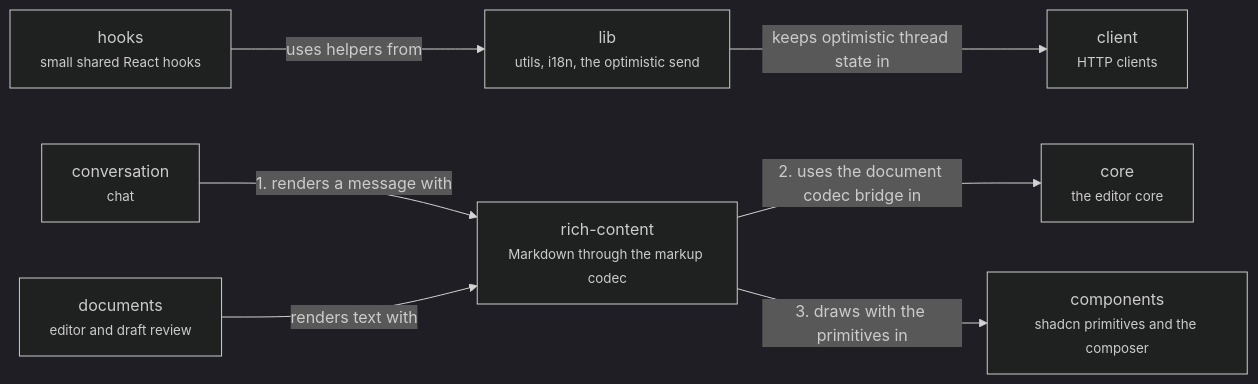
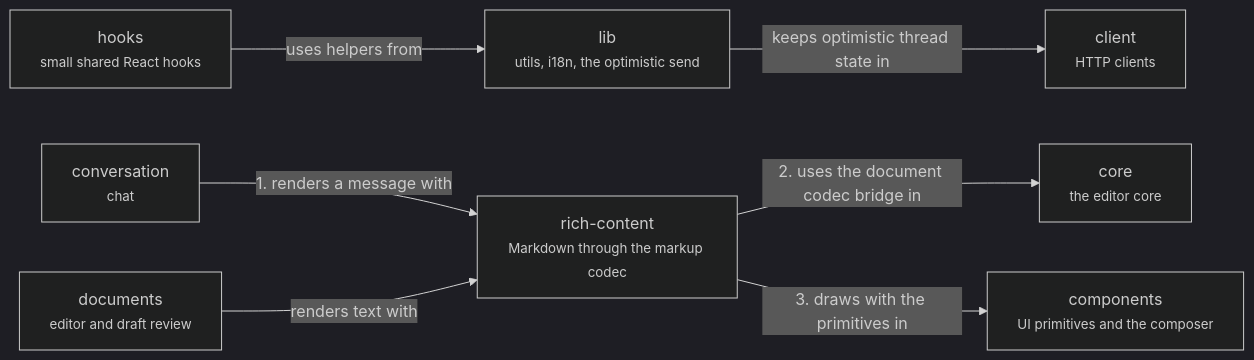
The diagram in .context/system-architecture/app-shared.md (haowjy/meridian-flow), drawn with Mermaid (dark theme) before and after one commit. The commit also changed other lines of this file and 8 other files, not shown here.

````diff
--- a/.context/system-architecture/app-shared.md
+++ b/.context/system-architecture/app-shared.md
@@ -5,17 +5,17 @@
 ```mermaid
 flowchart LR
-  components["components<br/><small>shadcn primitives and the composer</small>"]:::module
+  components["components<br/><small>UI primitives and the composer</small>"]:::module
   hooks["hooks<br/><small>small shared React hooks</small>"]:::module
   lib["lib<br/><small>utils, i18n, the optimistic send</small>"]:::module
   rich-content["rich-content<br/><small>Markdown through the markup codec</small>"]:::module
   conversation["conversation<br/><small>chat</small>"]:::context
   documents["documents<br/><small>editor and draft review</small>"]:::context
   core["core<br/><small>the editor core</small>"]:::context
   client["client<br/><small>HTTP clients</small>"]:::context
   conversation -->|"1. renders a message with"| rich-content
   rich-content -->|"2. uses the document codec bridge in"| core
   rich-content -->|"3. draws with the primitives in"| components
   hooks -->|"uses helpers from"| lib
   lib -->|"keeps optimistic thread state in"| client
   documents -->|"renders text with"| rich-content
 ```
````
